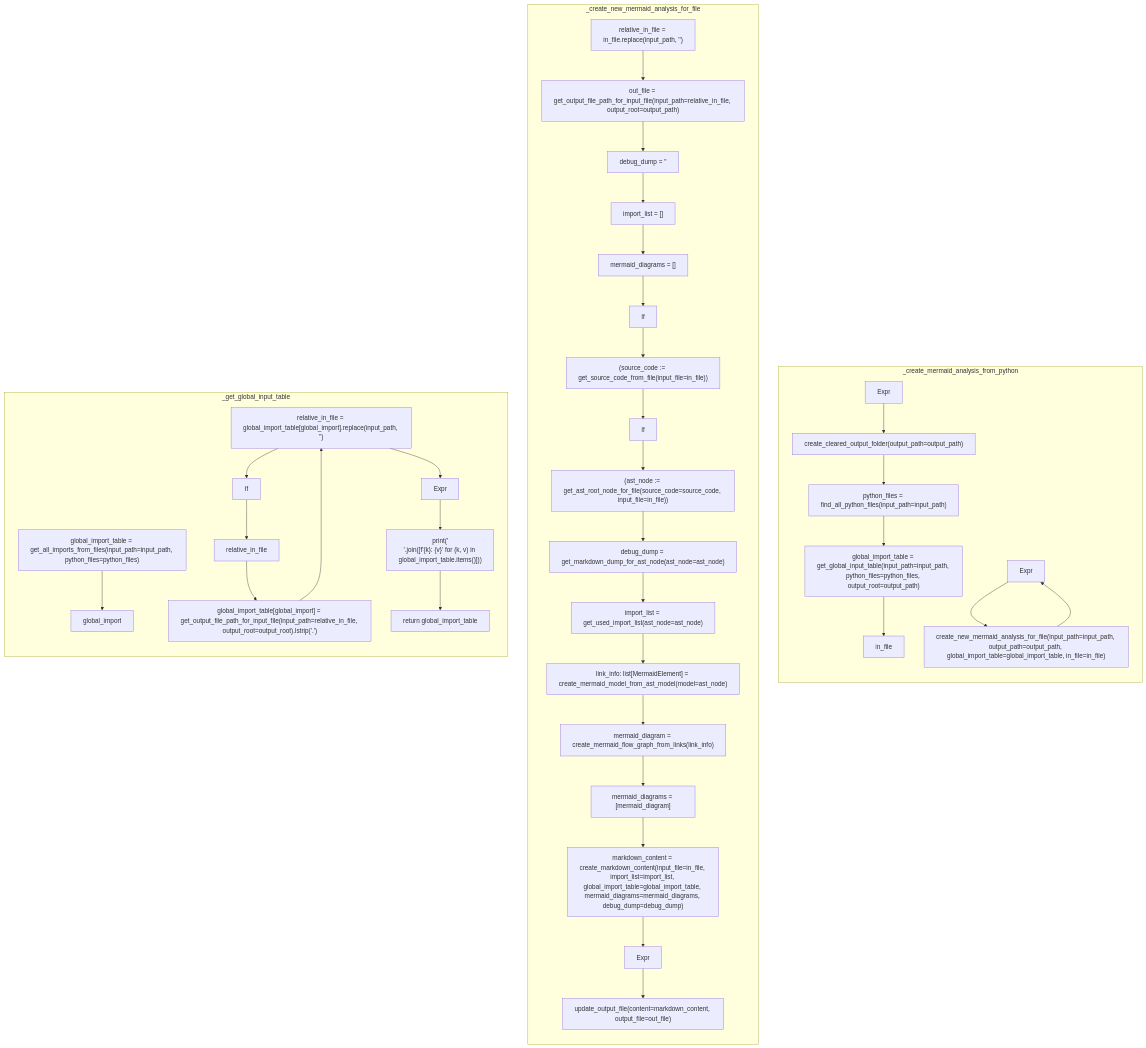
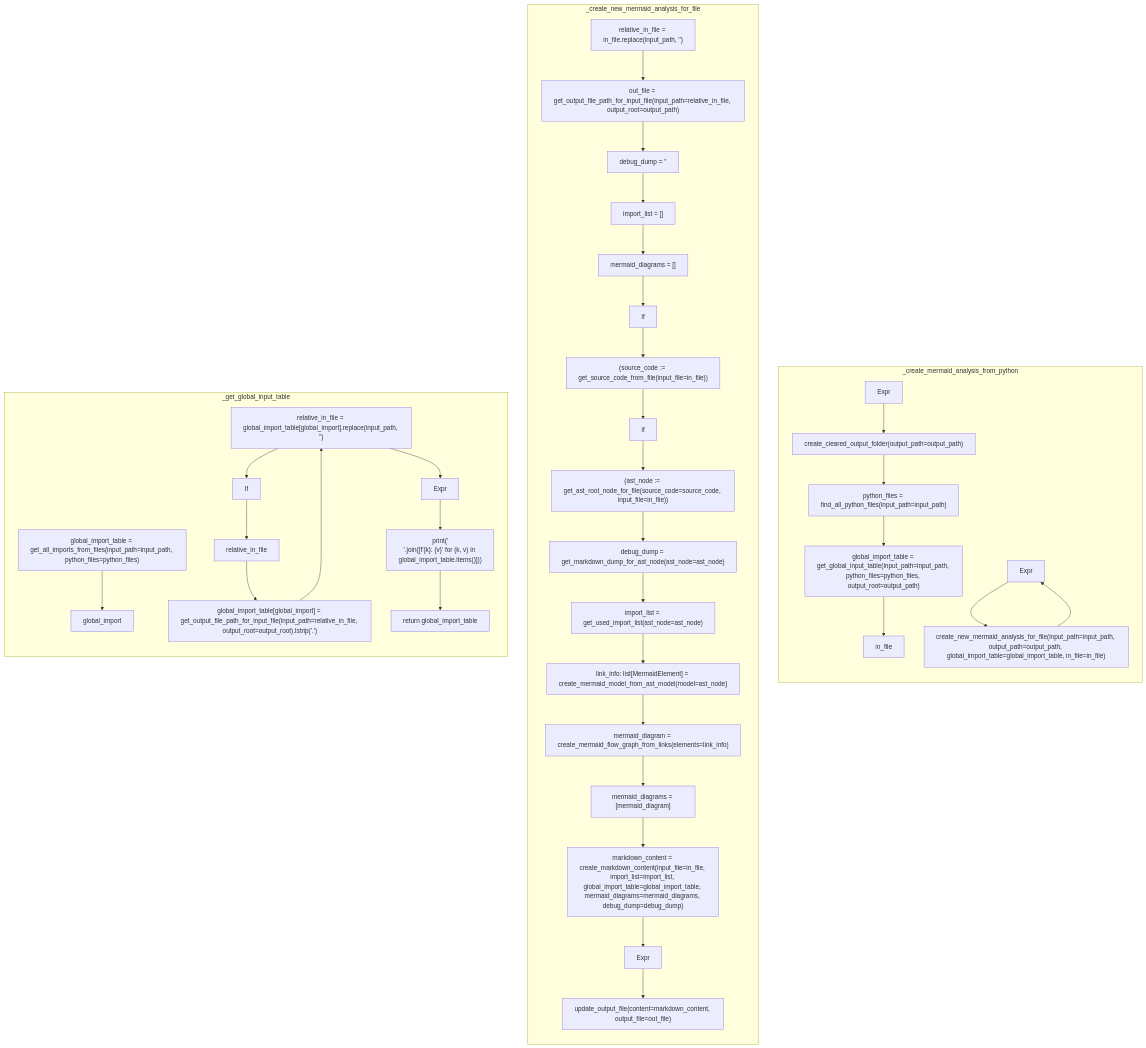
The diagram in docs/pyremaid/pyremaid.py.md (MichaelReel/pyremaid), drawn with Mermaid before and after one commit. The commit also changed other lines of this file and 3 other files, not shown here.

````diff
--- a/docs/pyremaid/pyremaid.py.md
+++ b/docs/pyremaid/pyremaid.py.md
@@ -20,81 +20,81 @@
 ```mermaid
 flowchart TB
   _f11_n20["Expr"]
   _f11_n21["create_cleared_output_folder(output_path=output_path)"]
   _f11_n22["python_files = find_all_python_files(input_path=input_path)"]
   _f11_n23["global_import_table = get_global_input_table(input_path=input_path, python_files=python_files, output_root=output_path)"]
   _f11_l12["in_file"]
   _f11_l12_n24["Expr"]
   _f11_l12_n25["create_new_mermaid_analysis_for_file(input_path=input_path, output_path=output_path, global_import_table=global_import_table, in_file=in_file)"]
   _f13_n26["relative_in_file = in_file.replace(input_path, '')"]
   _f13_n27["out_file = get_output_file_path_for_input_file(input_path=relative_in_file, output_root=output_path)"]
   _f13_n28["debug_dump = ''"]
   _f13_n29["import_list = []"]
   _f13_n30["mermaid_diagrams = []"]
   _f13_n31["If"]
   _f13_n32["(source_code := get_source_code_from_file(input_file=in_file))"]
   _f13_n33["If"]
   _f13_n34["(ast_node := get_ast_root_node_for_file(source_code=source_code, input_file=in_file))"]
   _f13_n35["debug_dump = get_markdown_dump_for_ast_node(ast_node=ast_node)"]
   _f13_n36["import_list = get_used_import_list(ast_node=ast_node)"]
   _f13_n37["link_info: list[MermaidElement] = create_mermaid_model_from_ast_model(model=ast_node)"]
-  _f13_n38["mermaid_diagram = create_mermaid_flow_graph_from_links(link_info)"]
+  _f13_n38["mermaid_diagram = create_mermaid_flow_graph_from_links(elements=link_info)"]
   _f13_n39["mermaid_diagrams = [mermaid_diagram]"]
   _f13_n40["markdown_content = create_markdown_content(input_file=in_file, import_list=import_list, global_import_table=global_import_table, mermaid_diagrams=mermaid_diagrams, debug_dump=debug_dump)"]
   _f13_n41["Expr"]
   _f13_n42["update_output_file(content=markdown_content, output_file=out_file)"]
   _f14_n43["global_import_table = get_all_imports_from_files(input_path=input_path, python_files=python_files)"]
   _f14_l15["global_import"]
   _f14_l15_n44["relative_in_file = global_import_table[global_import].replace(input_path, '')"]
   _f14_l15_n45["If"]
   _f14_l15_n46["relative_in_file"]
   _f14_l15_n47["global_import_table[global_import] = get_output_file_path_for_input_file(input_path=relative_in_file, output_root=output_root).lstrip('.')"]
   _f14_n48["Expr"]
   _f14_n49["print('\n'.join([f'{k}: {v}' for (k, v) in global_import_table.items()]))"]
   _f14_n50["return global_import_table"]
 
   subgraph _create_mermaid_analysis_from_python
     direction TB
     _f11_n20 --> _f11_n21
     _f11_n21 --> _f11_n22
     _f11_n22 --> _f11_n23
     _f11_n23 --> _f11_l12
     %% loop in_file
       _f11_l12_n24 --> _f11_l12_n25
     %% end in_file
     _f11_l12_n25 --> _f11_l12_n24
   end
   subgraph _create_new_mermaid_analysis_for_file
     direction TB
     _f13_n26 --> _f13_n27
     _f13_n27 --> _f13_n28
     _f13_n28 --> _f13_n29
     _f13_n29 --> _f13_n30
     _f13_n30 --> _f13_n31
     _f13_n31 --> _f13_n32
     _f13_n32 --> _f13_n33
     _f13_n33 --> _f13_n34
     _f13_n34 --> _f13_n35
     _f13_n35 --> _f13_n36
     _f13_n36 --> _f13_n37
     _f13_n37 --> _f13_n38
     _f13_n38 --> _f13_n39
     _f13_n39 --> _f13_n40
     _f13_n40 --> _f13_n41
     _f13_n41 --> _f13_n42
   end
   subgraph _get_global_input_table
     direction TB
     _f14_n43 --> _f14_l15
     %% loop global_import
       _f14_l15_n44 --> _f14_l15_n45
       _f14_l15_n45 --> _f14_l15_n46
       _f14_l15_n46 --> _f14_l15_n47
     %% end global_import
     _f14_l15_n47 --> _f14_l15_n44
     _f14_l15_n44 --> _f14_n48
     _f14_n48 --> _f14_n49
     _f14_n49 --> _f14_n50
   end
 
 ```
````
